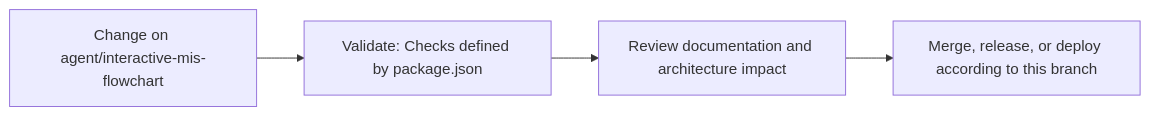
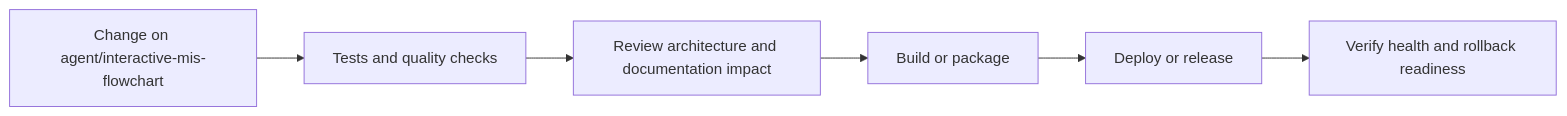
Before and after one commit to Nischhalsubba/rismfp-ui: the fourth of 5 diagrams in README.md, drawn with Mermaid. The commit also changed other lines of this file, not shown here.

````diff
--- a/README.md
+++ b/README.md
@@ -70,8 +136,8 @@
 ```mermaid
 flowchart LR
-    CHANGE["Change on agent/interactive-mis-flowchart"]
-    CHECK["Validate: Checks defined by package.json"]
-    REVIEW["Review documentation and architecture impact"]
-    RELEASE["Merge, release, or deploy according to this branch"]
-    CHANGE --> CHECK --> REVIEW --> RELEASE
+    CHANGE["Change on agent/interactive-mis-flowchart"] --> CHECK["Tests and quality checks"]
+    CHECK --> REVIEW["Review architecture and documentation impact"]
+    REVIEW --> BUILD["Build or package"]
+    BUILD --> DEPLOY["Deploy or release"]
+    DEPLOY --> VERIFY["Verify health and rollback readiness"]
 ```
````
